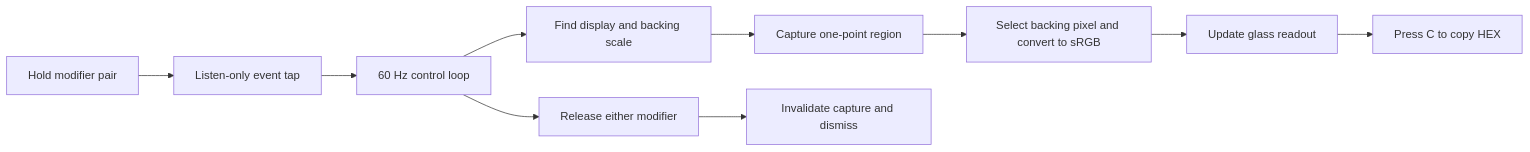
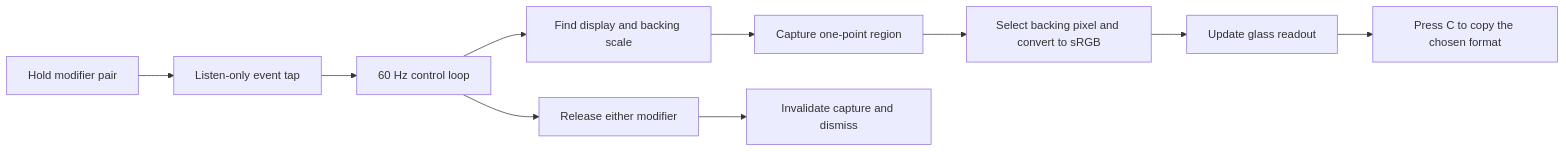
One commit to deadpoods/PrismDrop changed the diagram in docs/ARCHITECTURE.md. Above: the diagram before and after it, drawn with Mermaid. The commit also changed other lines of this file and 26 other files, not shown here.

````diff
--- a/docs/ARCHITECTURE.md
+++ b/docs/ARCHITECTURE.md
@@ -9,12 +9,12 @@
 ```mermaid
 flowchart LR
     A[Hold modifier pair] --> B[Listen-only event tap]
     B --> C[60 Hz control loop]
     C --> D[Find display and backing scale]
     D --> E[Capture one-point region]
     E --> F[Select backing pixel and convert to sRGB]
     F --> G[Update glass readout]
-    G --> H[Press C to copy HEX]
+    G --> H[Press C to copy the chosen format]
     C --> I[Release either modifier]
     I --> J[Invalidate capture and dismiss]
 ```
````
